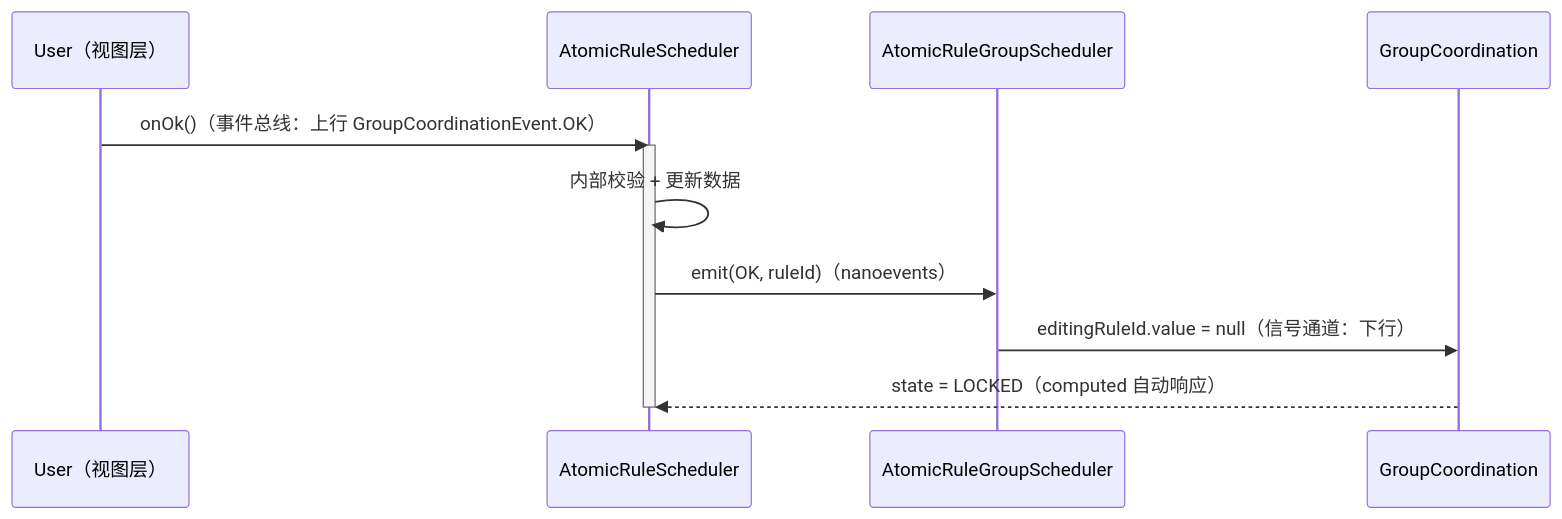
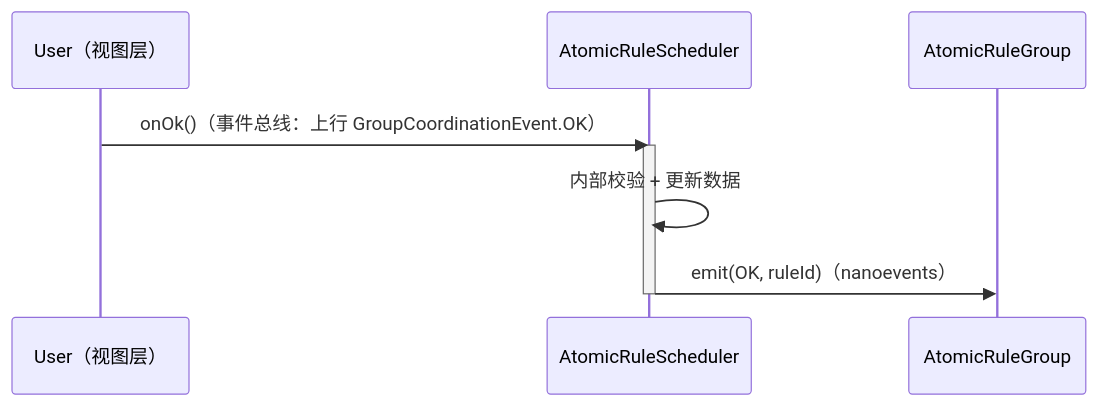
Before and after one commit to huang-xiao-jian/themis: the first of 4 diagrams in specs/core/application.md, drawn with Mermaid. The commit also changed other lines of this file and 1 other file, not shown here.

Commit message:
feat(core): 修订业务逻辑 Spec 取消 AtomicRuleGroup 编辑功能

````diff
--- a/specs/core/application.md
+++ b/specs/core/application.md
@@ -163,15 +150,12 @@
 ```mermaid
 sequenceDiagram
   participant U as User（视图层）
   participant R as AtomicRuleScheduler
-  participant G as AtomicRuleGroupScheduler
-  participant GC as GroupCoordination
+  participant G as AtomicRuleGroup
 
   U->>R: onOk()（事件总线：上行 GroupCoordinationEvent.OK）
   activate R
   R->>R: 内部校验 + 更新数据
   R->>G: emit(OK, ruleId)（nanoevents）
-  G->>GC: editingRuleId.value = null（信号通道：下行）
-  GC-->>R: state = LOCKED（computed 自动响应）
   deactivate R
 ```
````
